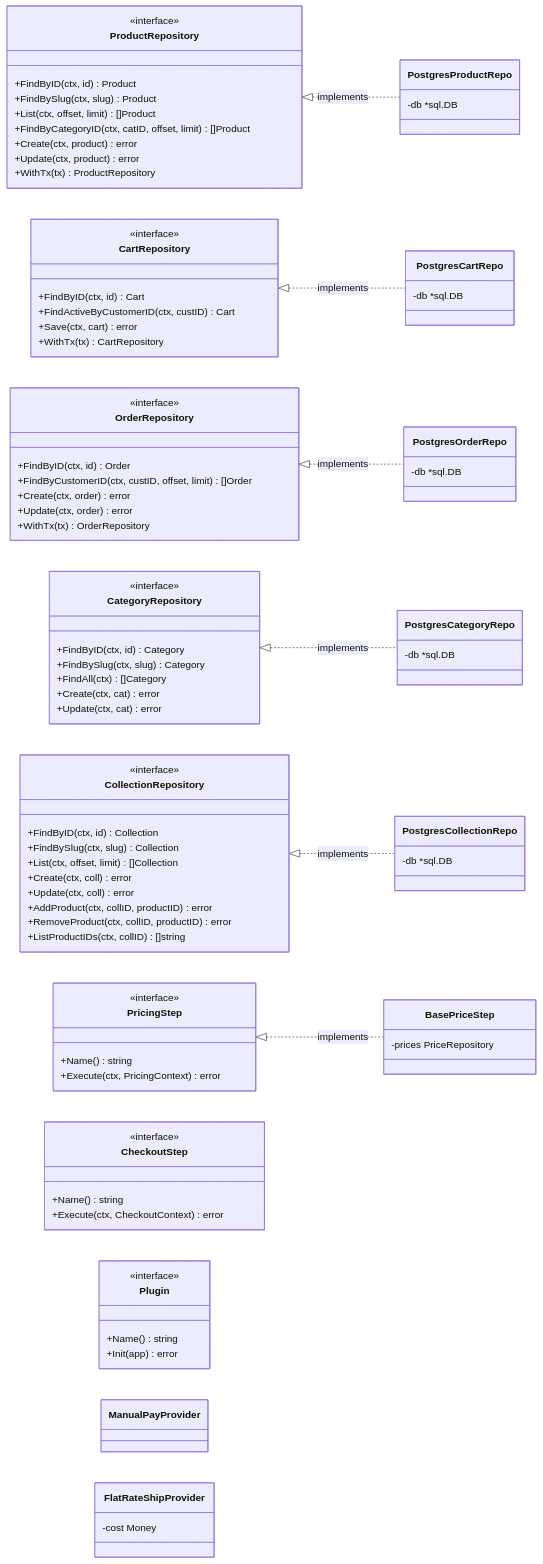
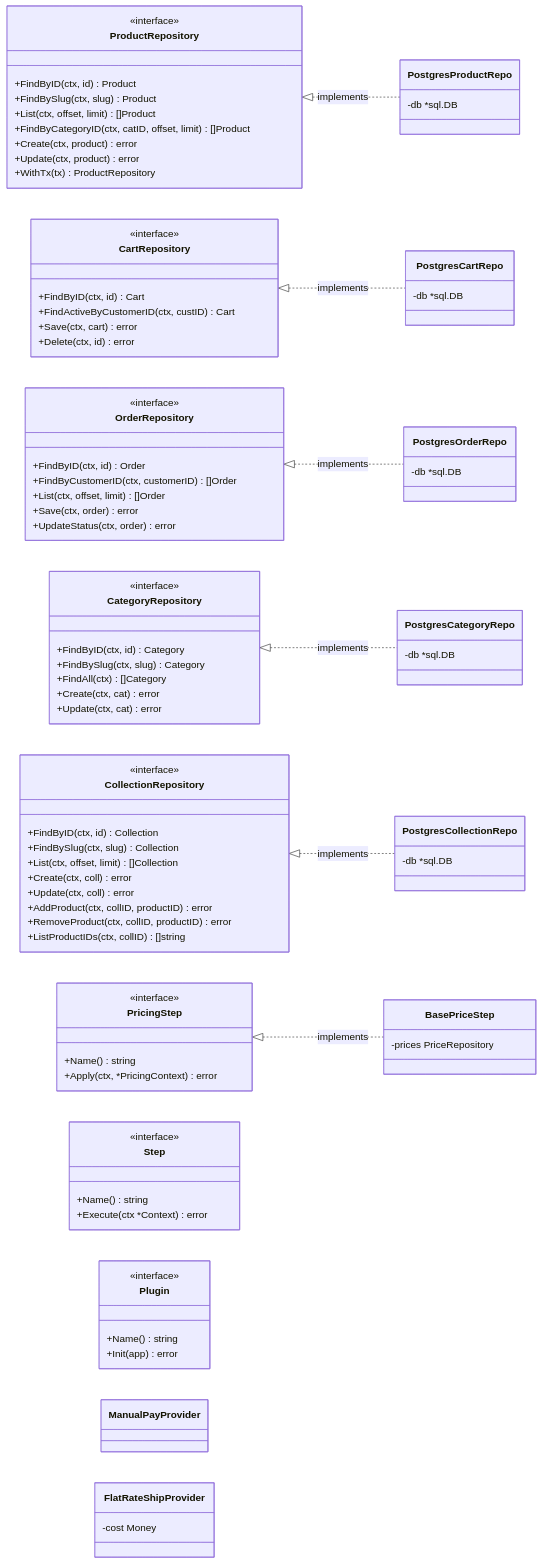
One commit to akarso/shopanda changed the second of 2 diagrams in docs/diagrams/c4-code.md. Above: the diagram before and after it, drawn with Mermaid. The commit also changed 1 other file, not shown here.

Commit message:
C4 mermaid diagrams

```diff
--- a/docs/diagrams/c4-code.md
+++ b/docs/diagrams/c4-code.md
@@ -174,16 +174,16 @@
         +FindByID(ctx, id) Cart
         +FindActiveByCustomerID(ctx, custID) Cart
         +Save(ctx, cart) error
-        +WithTx(tx) CartRepository
+        +Delete(ctx, id) error
     }
 
     class OrderRepository {
         <<interface>>
         +FindByID(ctx, id) Order
-        +FindByCustomerID(ctx, custID, offset, limit) []Order
-        +Create(ctx, order) error
-        +Update(ctx, order) error
-        +WithTx(tx) OrderRepository
+        +FindByCustomerID(ctx, customerID) []Order
+        +List(ctx, offset, limit) []Order
+        +Save(ctx, order) error
+        +UpdateStatus(ctx, order) error
     }
 
     class CategoryRepository {
@@ -210,13 +210,13 @@
     class PricingStep {
         <<interface>>
         +Name() string
-        +Execute(ctx, PricingContext) error
+        +Apply(ctx, *PricingContext) error
     }
 
-    class CheckoutStep {
+    class Step {
         <<interface>>
         +Name() string
-        +Execute(ctx, CheckoutContext) error
+        +Execute(ctx *Context) error
     }
 
     class Plugin {
```
